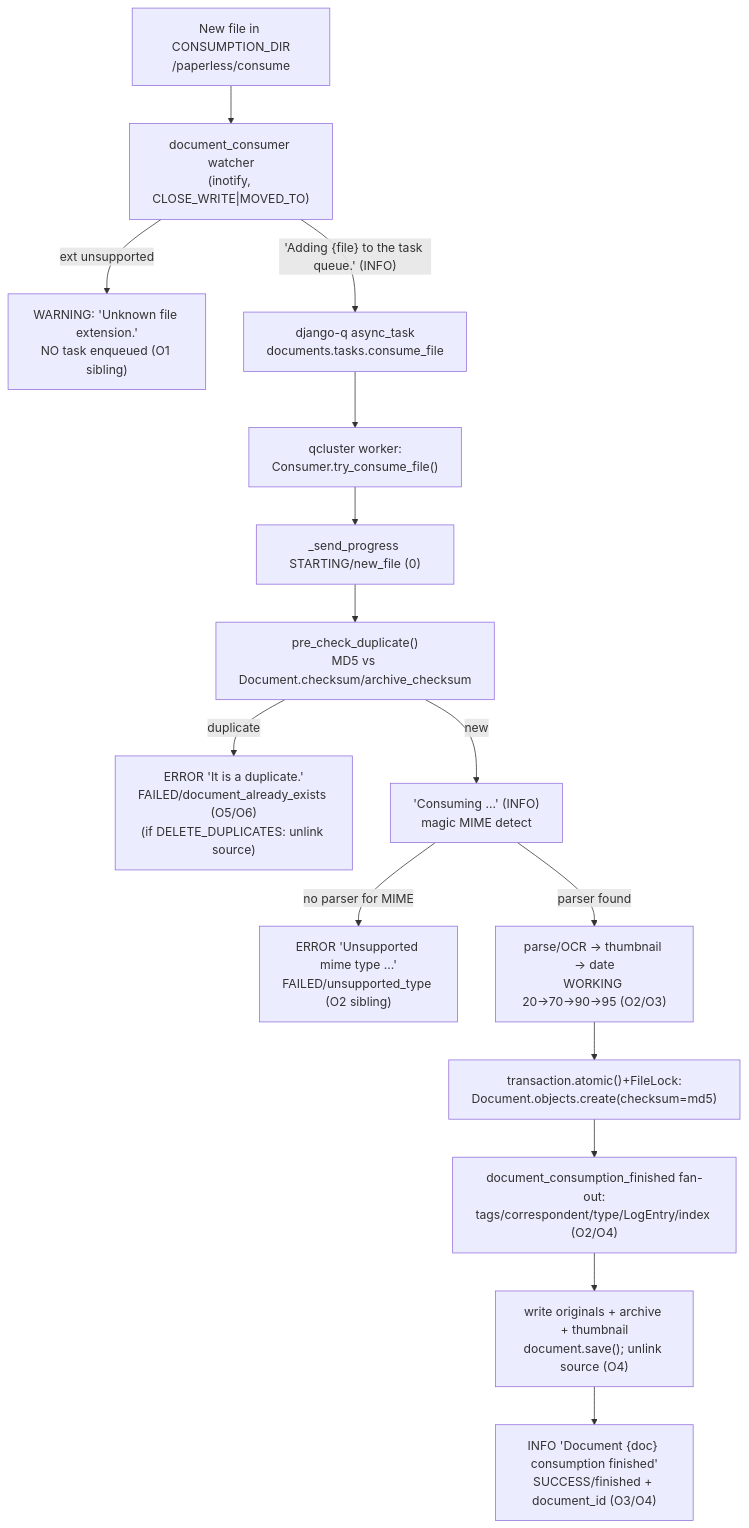
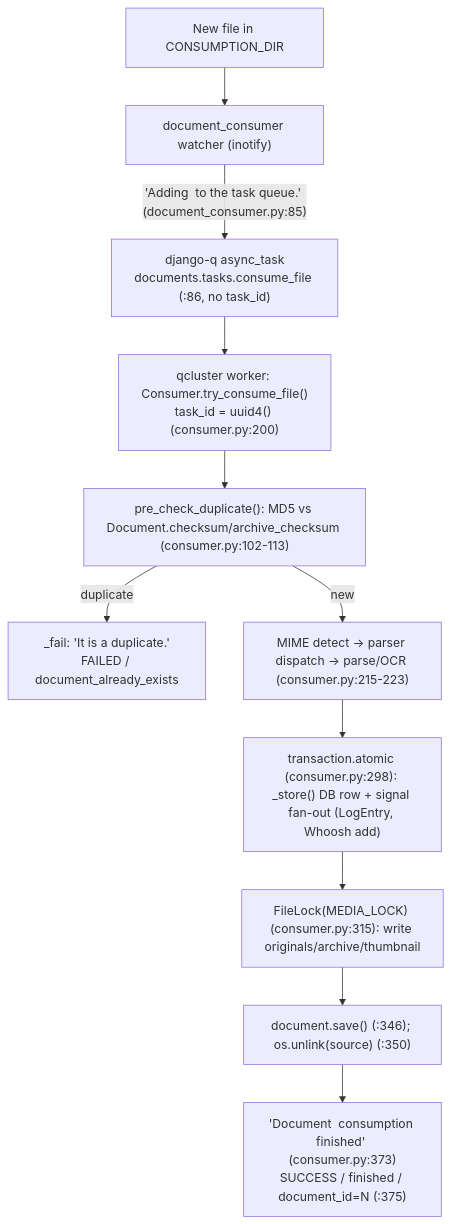
Before and after one commit to blitzy-research/paperless-ngx: the diagram in blitzy/documentation/paperless-ngx_542221a38dff.md, drawn with Mermaid. The commit also changed other lines of this file, not shown here.

````diff
--- a/blitzy/documentation/paperless-ngx_542221a38dff.md
+++ b/blitzy/documentation/paperless-ngx_542221a38dff.md
@@ -109,17 +123,13 @@
 ```mermaid
 flowchart TD
-    A["New file in CONSUMPTION_DIR<br/>/paperless/consume"] --> B["document_consumer watcher<br/>(inotify, CLOSE_WRITE|MOVED_TO)"]
-    B -->|"ext unsupported"| X["WARNING: 'Unknown file extension.'<br/>NO task enqueued (O1 sibling)"]
-    B -->|"'Adding {file} to the task queue.' (INFO)"| C["django-q async_task<br/>documents.tasks.consume_file"]
-    C --> D["qcluster worker:<br/>Consumer.try_consume_file()"]
-    D --> S0["_send_progress STARTING/new_file (0)"]
-    S0 --> E["pre_check_duplicate()<br/>MD5 vs Document.checksum/archive_checksum"]
-    E -->|"duplicate"| F["ERROR 'It is a duplicate.'<br/>FAILED/document_already_exists (O5/O6)<br/>(if DELETE_DUPLICATES: unlink source)"]
-    E -->|"new"| G["'Consuming …' (INFO)<br/>magic MIME detect"]
-    G -->|"no parser for MIME"| U["ERROR 'Unsupported mime type …'<br/>FAILED/unsupported_type (O2 sibling)"]
-    G -->|"parser found"| H["parse/OCR → thumbnail → date<br/>WORKING 20→70→90→95 (O2/O3)"]
-    H --> I["transaction.atomic()+FileLock:<br/>Document.objects.create(checksum=md5)"]
-    I --> J["document_consumption_finished fan-out:<br/>tags/correspondent/type/LogEntry/index (O2/O4)"]
-    J --> K["write originals + archive + thumbnail<br/>document.save(); unlink source (O4)"]
-    K --> L["INFO 'Document {doc} consumption finished'<br/>SUCCESS/finished + document_id (O3/O4)"]
+    A["New file in CONSUMPTION_DIR"] --> B["document_consumer watcher (inotify)"]
+    B -->|"'Adding <file> to the task queue.' (document_consumer.py:85)"| C["django-q async_task<br/>documents.tasks.consume_file (:86, no task_id)"]
+    C --> D["qcluster worker: Consumer.try_consume_file()<br/>task_id = uuid4() (consumer.py:200)"]
+    D --> E["pre_check_duplicate(): MD5 vs Document.checksum/archive_checksum (consumer.py:102-113)"]
+    E -->|"duplicate"| F["_fail: 'It is a duplicate.'<br/>FAILED / document_already_exists"]
+    E -->|"new"| G["MIME detect -> parser dispatch -> parse/OCR (consumer.py:215-223)"]
+    G --> H["transaction.atomic (consumer.py:298): _store() DB row + signal fan-out (LogEntry, Whoosh add)"]
+    H --> I["FileLock(MEDIA_LOCK) (consumer.py:315): write originals/archive/thumbnail"]
+    I --> J["document.save() (:346); os.unlink(source) (:350)"]
+    J --> K["'Document <doc> consumption finished' (consumer.py:373)<br/>SUCCESS / finished / document_id=N (:375)"]
 ```
````
